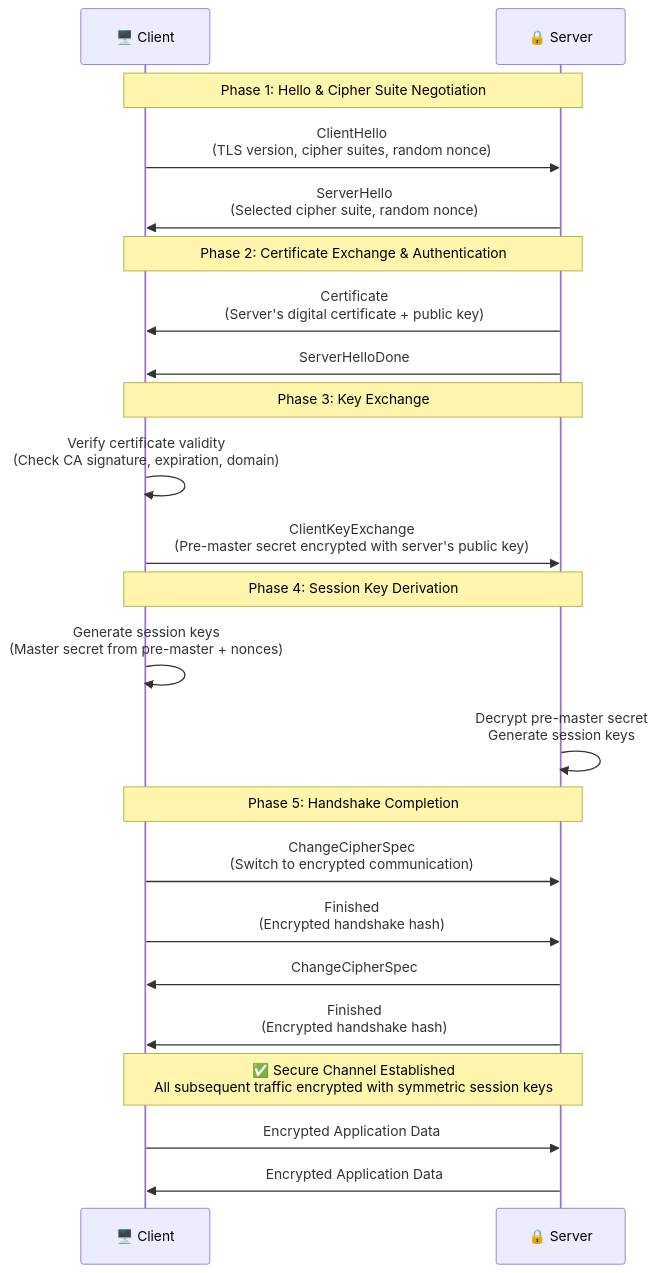
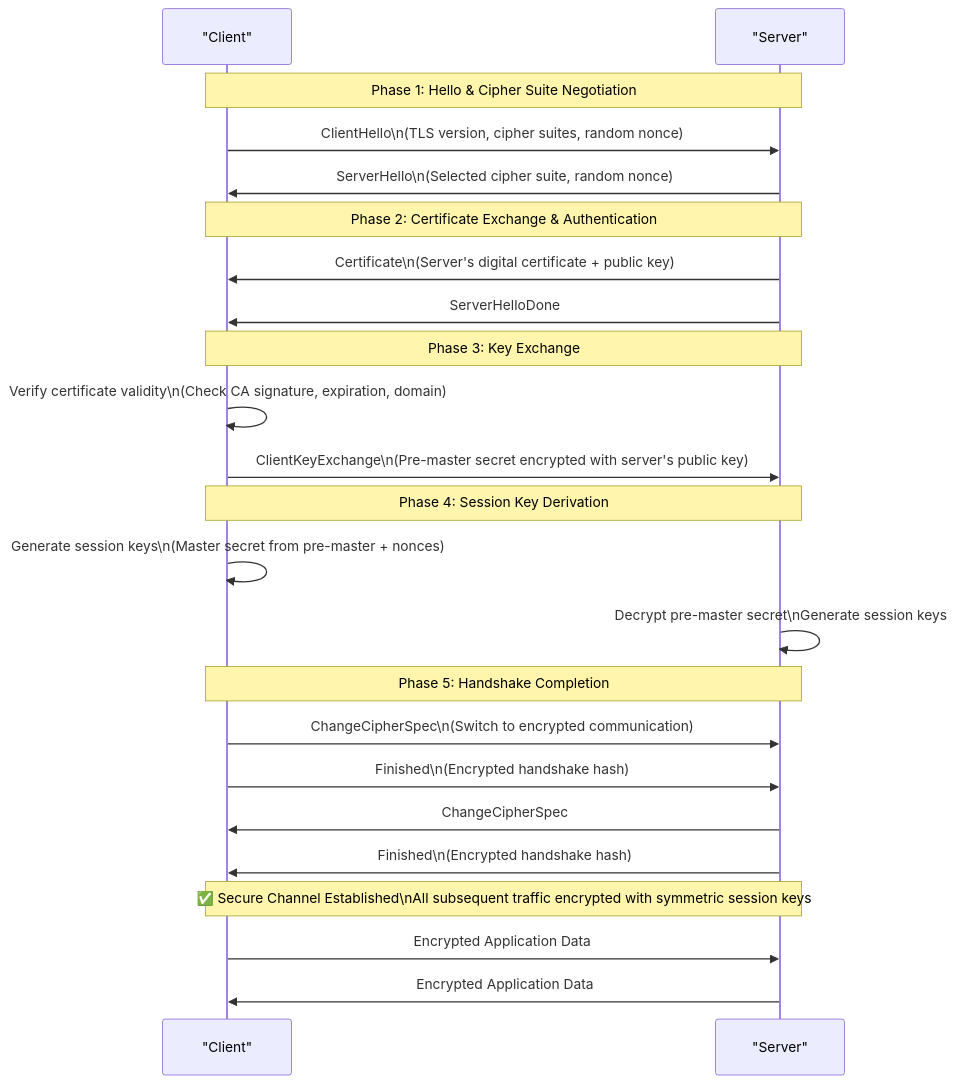
One commit to Maverick-sudo/Academy-WebApp changed the first of 6 diagrams in content/study-notes/security/offensive-security/ThreatIntelligenceAssessment.md. Above: the diagram before and after it, drawn with Mermaid. The commit also changed other lines of this file and 204 other files, not shown here.

````diff
--- a/content/study-notes/security/offensive-security/ThreatIntelligenceAssessment.md
+++ b/content/study-notes/security/offensive-security/ThreatIntelligenceAssessment.md
@@ -142,32 +142,32 @@
 ```mermaid
 sequenceDiagram
-    participant C as 🖥️ Client
-    participant S as 🔒 Server
+    participant C as "Client"
+    participant S as "Server"
     
     Note over C,S: Phase 1: Hello & Cipher Suite Negotiation
-    C->>S: ClientHello<br/>(TLS version, cipher suites, random nonce)
-    S->>C: ServerHello<br/>(Selected cipher suite, random nonce)
+    C->>S: ClientHello\n(TLS version, cipher suites, random nonce)
+    S->>C: ServerHello\n(Selected cipher suite, random nonce)
     
     Note over C,S: Phase 2: Certificate Exchange & Authentication
-    S->>C: Certificate<br/>(Server's digital certificate + public key)
+    S->>C: Certificate\n(Server's digital certificate + public key)
     S->>C: ServerHelloDone
     
     Note over C,S: Phase 3: Key Exchange
-    C->>C: Verify certificate validity<br/>(Check CA signature, expiration, domain)
-    C->>S: ClientKeyExchange<br/>(Pre-master secret encrypted with server's public key)
+    C->>C: Verify certificate validity\n(Check CA signature, expiration, domain)
+    C->>S: ClientKeyExchange\n(Pre-master secret encrypted with server's public key)
     
     Note over C,S: Phase 4: Session Key Derivation
-    C->>C: Generate session keys<br/>(Master secret from pre-master + nonces)
-    S->>S: Decrypt pre-master secret<br/>Generate session keys
+    C->>C: Generate session keys\n(Master secret from pre-master + nonces)
+    S->>S: Decrypt pre-master secret\nGenerate session keys
     
     Note over C,S: Phase 5: Handshake Completion
-    C->>S: ChangeCipherSpec<br/>(Switch to encrypted communication)
-    C->>S: Finished<br/>(Encrypted handshake hash)
+    C->>S: ChangeCipherSpec\n(Switch to encrypted communication)
+    C->>S: Finished\n(Encrypted handshake hash)
     S->>C: ChangeCipherSpec
-    S->>C: Finished<br/>(Encrypted handshake hash)
+    S->>C: Finished\n(Encrypted handshake hash)
     
-    Note over C,S: ✅ Secure Channel Established<br/>All subsequent traffic encrypted with symmetric session keys
+    Note over C,S: ✅ Secure Channel Established\nAll subsequent traffic encrypted with symmetric session keys
     
     C->>S: Encrypted Application Data
     S->>C: Encrypted Application Data
 ```
````
